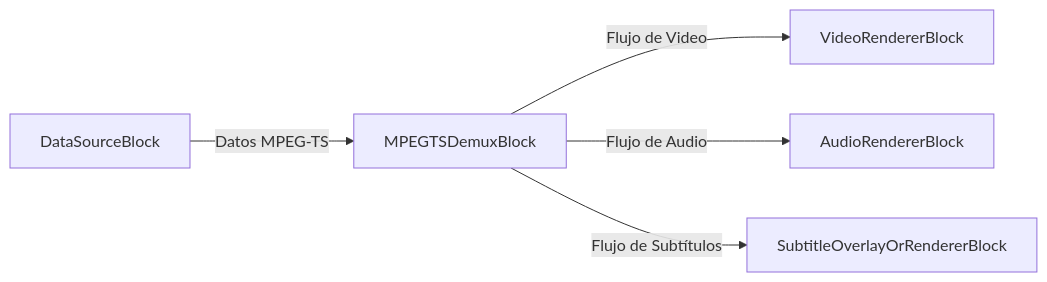
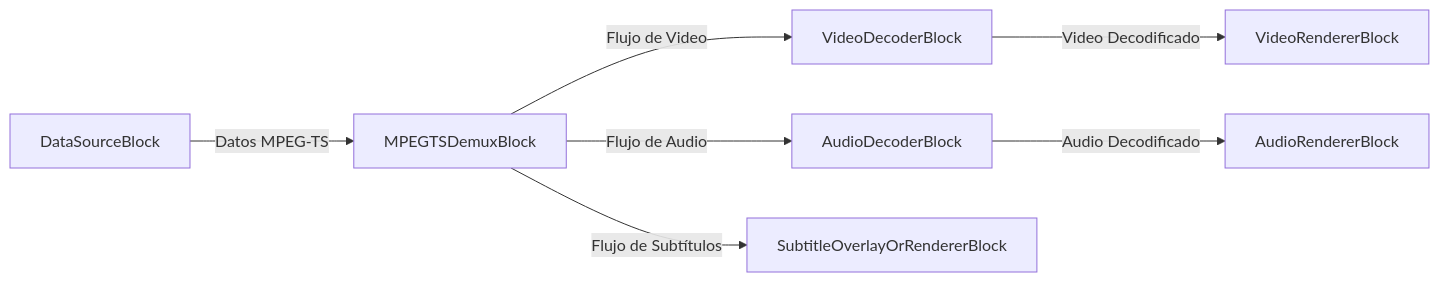
The first of 4 diagrams in dotnet/mediablocks/Demuxers/index.es.md (visioforge/help), drawn with Mermaid before and after one commit. The commit also changed other lines of this file and 194 other files, not shown here.

````diff
--- a/dotnet/mediablocks/Demuxers/index.es.md
+++ b/dotnet/mediablocks/Demuxers/index.es.md
@@ -59,7 +61,9 @@
 ```mermaid
 graph LR;
     DataSourceBlock -- Datos MPEG-TS --> MPEGTSDemuxBlock;
-    MPEGTSDemuxBlock -- Flujo de Video --> VideoRendererBlock;
-    MPEGTSDemuxBlock -- Flujo de Audio --> AudioRendererBlock;
+    MPEGTSDemuxBlock -- Flujo de Video --> VideoDecoderBlock;
+    VideoDecoderBlock -- Video Decodificado --> VideoRendererBlock;
+    MPEGTSDemuxBlock -- Flujo de Audio --> AudioDecoderBlock;
+    AudioDecoderBlock -- Audio Decodificado --> AudioRendererBlock;
     MPEGTSDemuxBlock -- Flujo de Subtítulos --> SubtitleOverlayOrRendererBlock;
 ```
````
